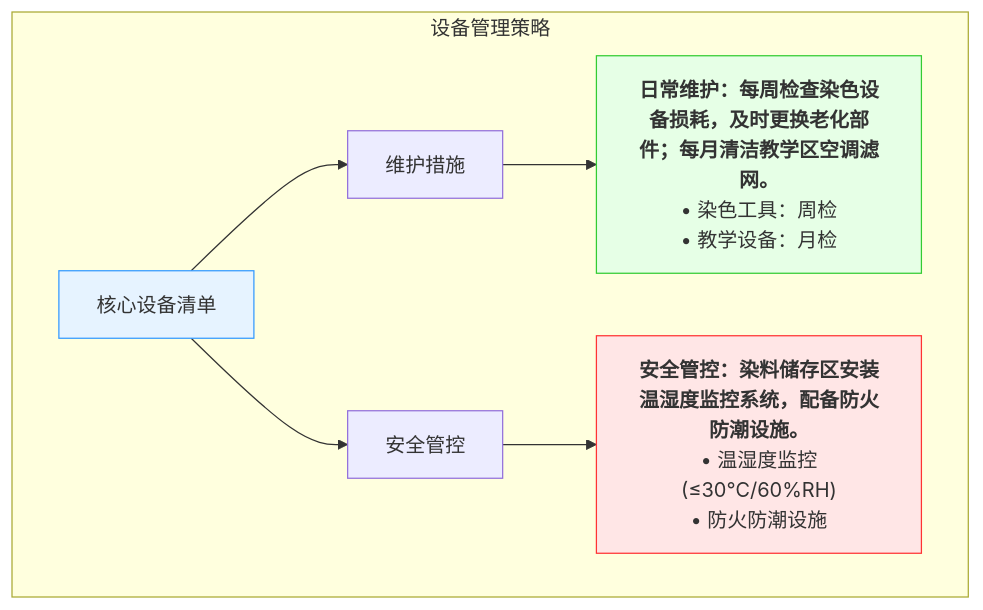
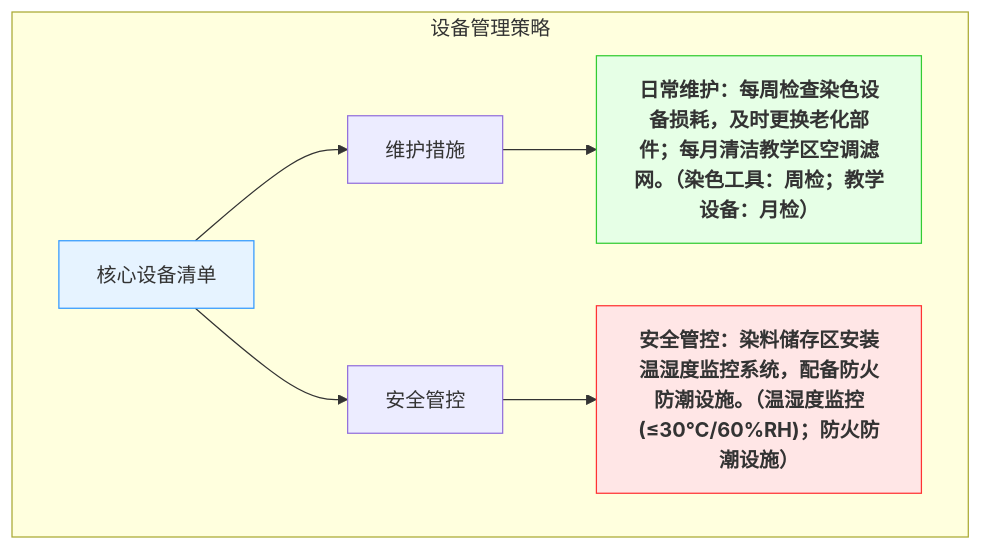
The ninth of 10 diagrams in README.md (NaturalRice/git-demo), drawn with Mermaid before and after one commit.

````diff
--- a/README.md
+++ b/README.md
@@ -116,14 +116,14 @@
 ```mermaid
 flowchart TB
     subgraph 设备管理策略
         A[核心设备清单] --> B[维护措施]
         A --> C[安全管控]
         
-        B --> D["<b>日常维护：每周检查染色设备损耗，及时更换老化部件；每月清洁教学区空调滤网。</b>\n• 染色工具：周检\n• 教学设备：月检"]
-        C --> E["<b>安全管控：染料储存区安装温湿度监控系统，配备防火防潮设施。</b>\n• 温湿度监控(≤30℃/60%RH)\n• 防火防潮设施"]
+        B --> D["<b>日常维护：每周检查染色设备损耗，及时更换老化部件；每月清洁教学区空调滤网。（染色工具：周检；教学设备：月检）"]
+        C --> E["<b>安全管控：染料储存区安装温湿度监控系统，配备防火防潮设施。（温湿度监控(≤30℃/60%RH)；防火防潮设施）"]
         
         style A fill:#e6f3ff,stroke:#3399ff
         style D fill:#e6ffe6,stroke:#33cc33
         style E fill:#ffe6e6,stroke:#ff3333
     end
 ```
````
